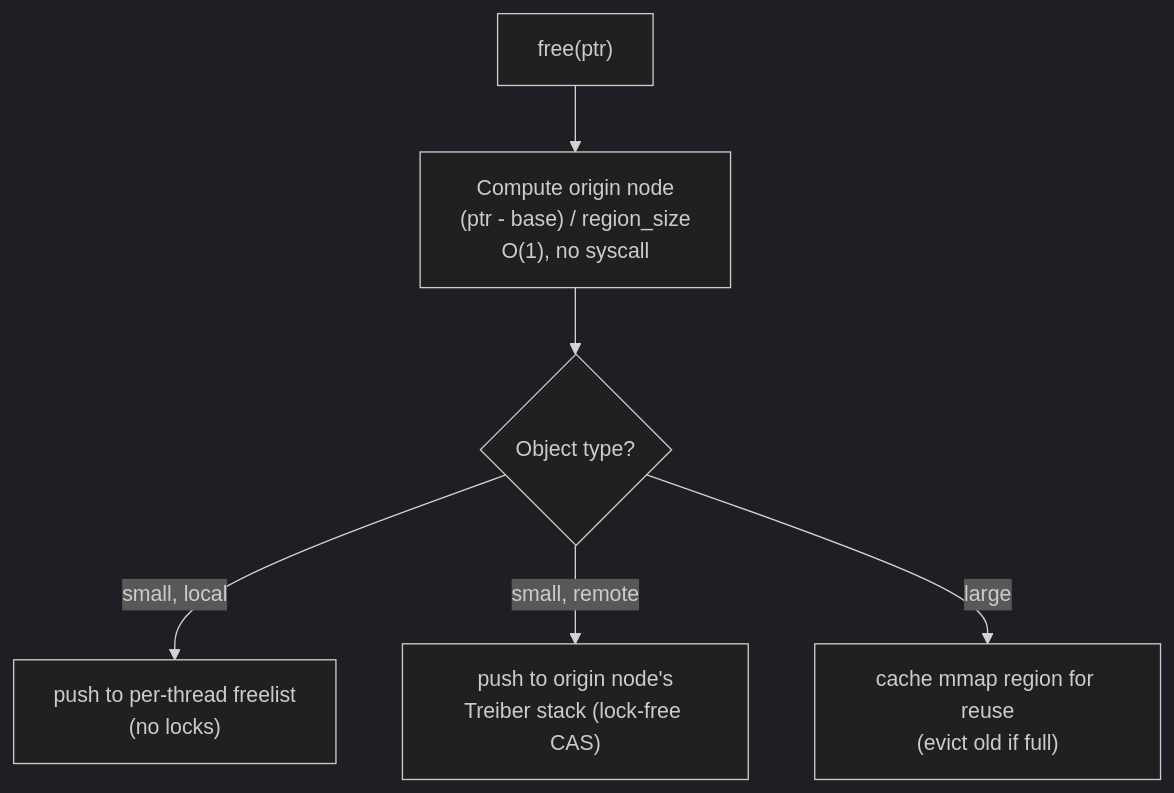
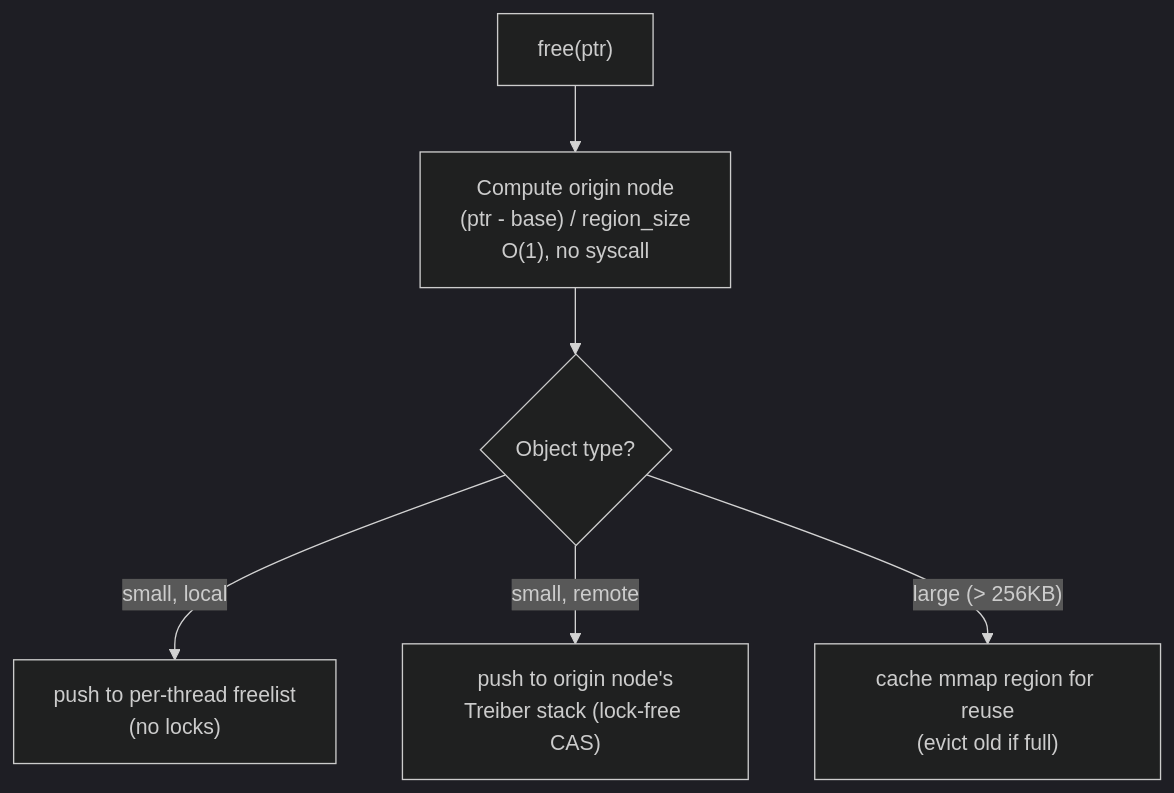
The fourth of 5 diagrams in README.md (Mnwa/NUMAlloc-rs), drawn with Mermaid (dark theme) before and after one commit. The commit also changed other lines of this file and 7 other files, not shown here.

````diff
--- a/README.md
+++ b/README.md
@@ -77,8 +77,8 @@
 ```mermaid
 graph TD
     A["free(ptr)"] --> B["Compute origin node<br/>(ptr - base) / region_size<br/>O(1), no syscall"]
     B --> C{"Object type?"}
     C -- "small, local" --> D["push to per-thread freelist<br/>(no locks)"]
     C -- "small, remote" --> E["push to origin node's<br/>Treiber stack (lock-free CAS)"]
-    C -- "large" --> F["cache mmap region for reuse<br/>(evict old if full)"]
+    C -- "large (> 256KB)" --> F["cache mmap region for reuse<br/>(evict old if full)"]
 ```
````
